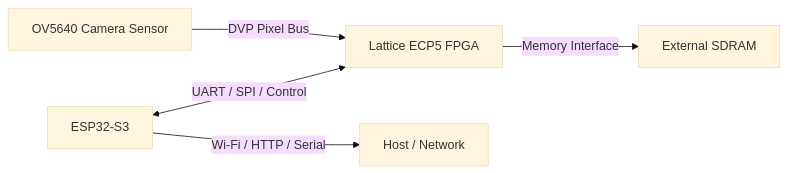
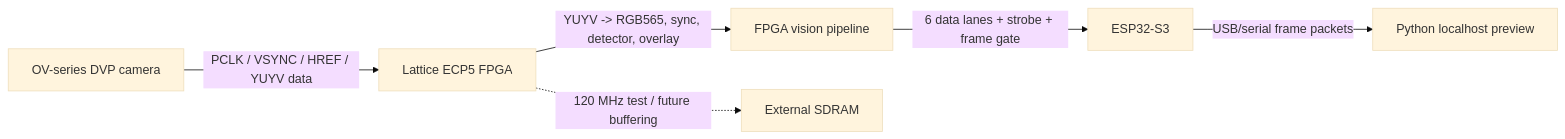
One commit to regular030/AiCamera changed the diagram in README.md. Above: the diagram before and after it, drawn with Mermaid (base theme). The commit also changed other lines of this file and 49968 other files, not shown here.

````diff
--- a/README.md
+++ b/README.md
@@ -47,7 +50,8 @@
 ```mermaid
 flowchart LR
-  CAM[OV5640 Camera Sensor] -->|DVP Pixel Bus| FPGA[Lattice ECP5 FPGA]
-  FPGA -->|Memory Interface| SDRAM[External SDRAM]
-  ESP[ESP32-S3] <-->|UART / SPI / Control| FPGA
-  ESP -->|Wi-Fi / HTTP / Serial| HOST[Host / Network]
+  CAM["OV-series DVP camera"] -->|"PCLK / VSYNC / HREF / YUYV data"| FPGA["Lattice ECP5 FPGA"]
+  FPGA -->|"YUYV -> RGB565, sync, detector, overlay"| PIPE["FPGA vision pipeline"]
+  PIPE -->|"6 data lanes + strobe + frame gate"| ESP["ESP32-S3"]
+  ESP -->|"USB/serial frame packets"| HOST["Python localhost preview"]
+  FPGA -.->|"120 MHz test / future buffering"| SDRAM["External SDRAM"]
 ```
````
